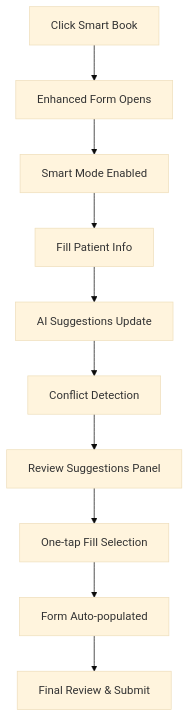
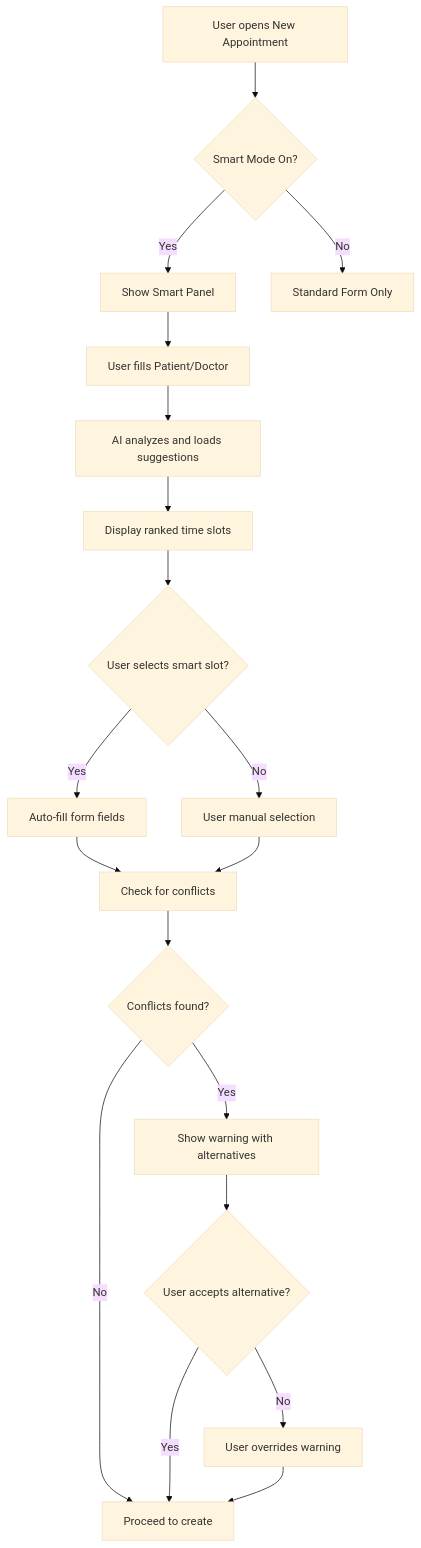
One commit to ssmith129/Medico-2.0 changed the second of 2 diagrams in SMART_SCHEDULING_COMPLETE_DESIGN_PACKAGE.md. Above: the diagram before and after it, drawn with Mermaid (base theme). The commit also changed other lines of this file, not shown here.

First line of the commit message:
Create Smart Scheduling Design Documentation

````diff
--- a/SMART_SCHEDULING_COMPLETE_DESIGN_PACKAGE.md
+++ b/SMART_SCHEDULING_COMPLETE_DESIGN_PACKAGE.md
@@ -123,12 +111,21 @@
 ```mermaid
 graph TD
-    A[Click Smart Book] --> B[Enhanced Form Opens]
-    B --> C[Smart Mode Enabled]
-    C --> D[Fill Patient Info]
-    D --> E[AI Suggestions Update]
-    E --> F[Conflict Detection]
-    F --> G[Review Suggestions Panel]
-    G --> H[One-tap Fill Selection]
-    H --> I[Form Auto-populated]
-    I --> J[Final Review & Submit]
+    A[User opens New Appointment] --> B{Smart Mode On?}
+    B -->|Yes| C[Show Smart Panel]
+    B -->|No| D[Standard Form Only]
+    C --> E[User fills Patient/Doctor]
+    E --> F[AI analyzes and loads suggestions]
+    F --> G[Display ranked time slots]
+    G --> H{User selects smart slot?}
+    H -->|Yes| I[Auto-fill form fields]
+    H -->|No| J[User manual selection]
+    I --> K[Check for conflicts]
+    J --> K
+    K --> L{Conflicts found?}
+    L -->|Yes| M[Show warning with alternatives]
+    L -->|No| N[Proceed to create]
+    M --> O{User accepts alternative?}
+    O -->|Yes| N
+    O -->|No| P[User overrides warning]
+    P --> N
 ```
````
